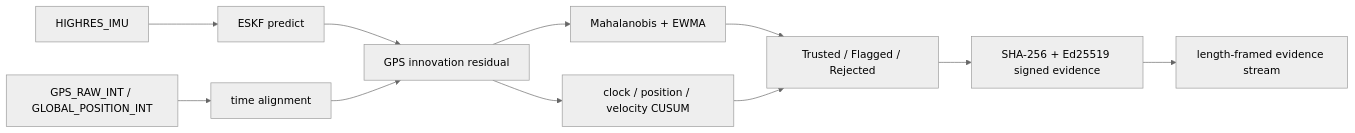
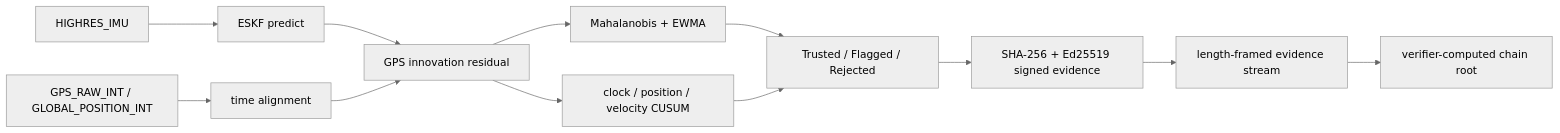
One commit to vpratab/RTVLASSLIM changed the diagram in README.md. Above: the diagram before and after it, drawn with Mermaid (neutral theme). The commit also changed other lines of this file and 12 other files, not shown here.

````diff
--- a/README.md
+++ b/README.md
@@ -84,13 +85,14 @@
 ```mermaid
 flowchart LR
     imu["HIGHRES_IMU"] --> eskf["ESKF predict"]
     gps["GPS_RAW_INT / GLOBAL_POSITION_INT"] --> sync["time alignment"]
     eskf --> innov["GPS innovation residual"]
     sync --> innov
     innov --> maha["Mahalanobis + EWMA"]
     innov --> cusum["clock / position / velocity CUSUM"]
     maha --> verdict["Trusted / Flagged / Rejected"]
     cusum --> verdict
     verdict --> evidence["SHA-256 + Ed25519 signed evidence"]
     evidence --> file["length-framed evidence stream"]
+    file --> root["verifier-computed chain root"]
 ```
````
